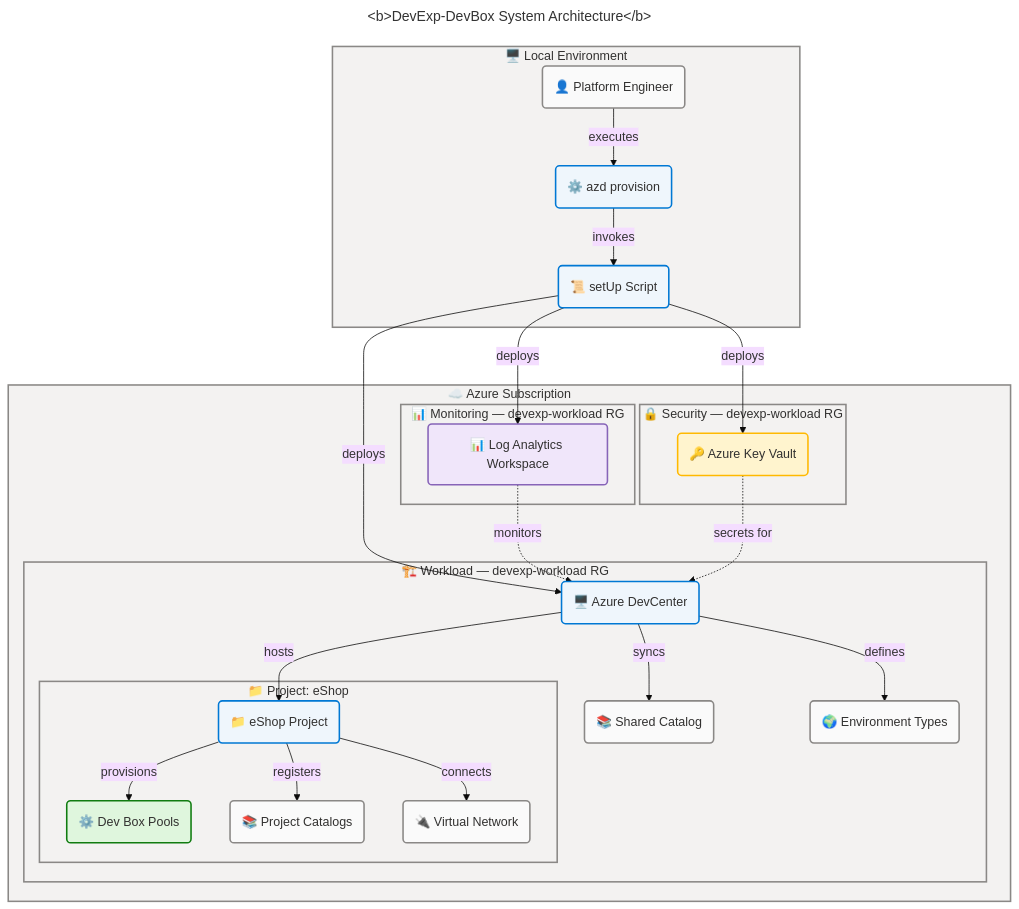
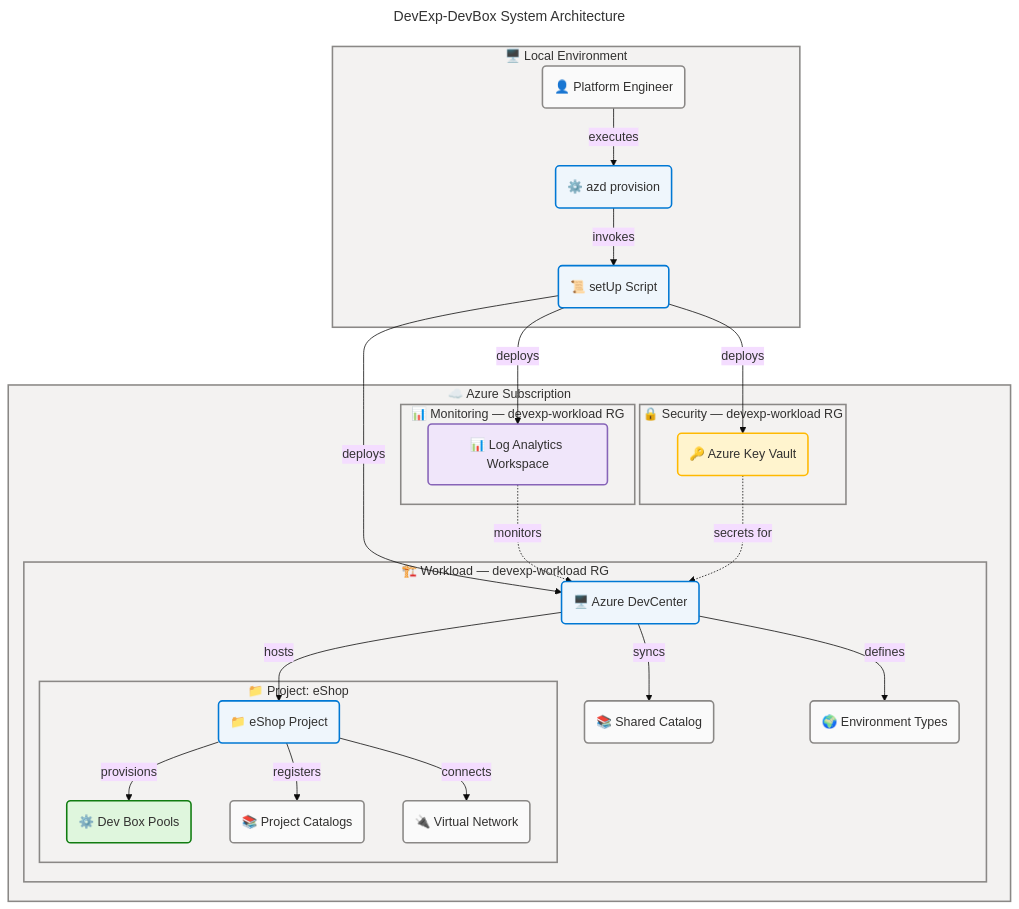
Before and after one commit to Evilazaro/DevExp-DevBox: the diagram in README.md, drawn with Mermaid.

Commit message:
fix: remove HTML tags from title in system architecture diagram for improved clarity

````diff
--- a/README.md
+++ b/README.md
@@ -51,81 +51,81 @@
 ```mermaid
 ---
-title: "<b>DevExp-DevBox System Architecture</b>"
+title: "DevExp-DevBox System Architecture"
 config:
   theme: base
   look: classic
   layout: dagre
   flowchart:
     htmlLabels: true
   themeVariables:
     fontSize: '16px'
 ---
 flowchart TB
     accTitle: DevExp-DevBox System Architecture
     accDescr: Deployment workflow from platform engineer to Azure DevCenter, with Key Vault, Log Analytics, Dev Box pools, and virtual network connectivity
 
     %% ═══════════════════════════════════════════════════════════════════════════
     %% AZURE / FLUENT ARCHITECTURE PATTERN v1.1
     %% (Semantic + Structural + Font + Accessibility Governance)
     %% ═══════════════════════════════════════════════════════════════════════════
     %% PHASE 1 - FLUENT UI: All styling uses approved Fluent UI palette only
     %% PHASE 2 - GROUPS: Every subgraph has semantic color via style directive
     %% PHASE 3 - COMPONENTS: Every node has semantic classDef + icon prefix
     %% PHASE 4 - ACCESSIBILITY: accTitle/accDescr present, WCAG AA contrast
     %% PHASE 5 - STANDARD: Governance block present, classDefs centralized
     %% ═══════════════════════════════════════════════════════════════════════════
 
     subgraph devEnv["🖥️ Local Environment"]
         dev("👤 Platform Engineer"):::neutral
         azdUp("⚙️ azd provision"):::core
         setScript("📜 setUp Script"):::core
     end
 
     subgraph azureSub["☁️ Azure Subscription"]
         subgraph monitoringLayer["📊 Monitoring — devexp-workload RG"]
             la("📊 Log Analytics Workspace"):::data
         end
         subgraph securityLayer["🔒 Security — devexp-workload RG"]
             kv("🔑 Azure Key Vault"):::warning
         end
         subgraph workloadLayer["🏗️ Workload — devexp-workload RG"]
             dc("🖥️ Azure DevCenter"):::core
             catalog("📚 Shared Catalog"):::neutral
             envTypes("🌍 Environment Types"):::neutral
             subgraph eShopProject["📁 Project: eShop"]
                 proj("📁 eShop Project"):::core
                 pools("⚙️ Dev Box Pools"):::success
                 projCatalog("📚 Project Catalogs"):::neutral
                 vnet("🔌 Virtual Network"):::neutral
             end
         end
     end
 
     dev -->|"executes"| azdUp
     azdUp -->|"invokes"| setScript
     setScript -->|"deploys"| la
     setScript -->|"deploys"| kv
     setScript -->|"deploys"| dc
     dc -->|"syncs"| catalog
     dc -->|"defines"| envTypes
     dc -->|"hosts"| proj
     proj -->|"provisions"| pools
     proj -->|"registers"| projCatalog
     proj -->|"connects"| vnet
     la -.->|"monitors"| dc
     kv -.->|"secrets for"| dc
 
     style devEnv fill:#F3F2F1,stroke:#8A8886,stroke-width:2px,color:#323130
     style azureSub fill:#F3F2F1,stroke:#8A8886,stroke-width:2px,color:#323130
     style monitoringLayer fill:#F3F2F1,stroke:#8A8886,stroke-width:2px,color:#323130
     style securityLayer fill:#F3F2F1,stroke:#8A8886,stroke-width:2px,color:#323130
     style workloadLayer fill:#F3F2F1,stroke:#8A8886,stroke-width:2px,color:#323130
     style eShopProject fill:#F3F2F1,stroke:#8A8886,stroke-width:2px,color:#323130
 
     %% Centralized semantic classDefs (Phase 5 compliant)
     classDef neutral fill:#FAFAFA,stroke:#8A8886,stroke-width:2px,color:#323130
     classDef core fill:#EFF6FC,stroke:#0078D4,stroke-width:2px,color:#323130
     classDef success fill:#DFF6DD,stroke:#107C10,stroke-width:2px,color:#323130
     classDef warning fill:#FFF4CE,stroke:#FFB900,stroke-width:2px,color:#323130
     classDef data fill:#F0E6FA,stroke:#8764B8,stroke-width:2px,color:#323130
 ```
````
